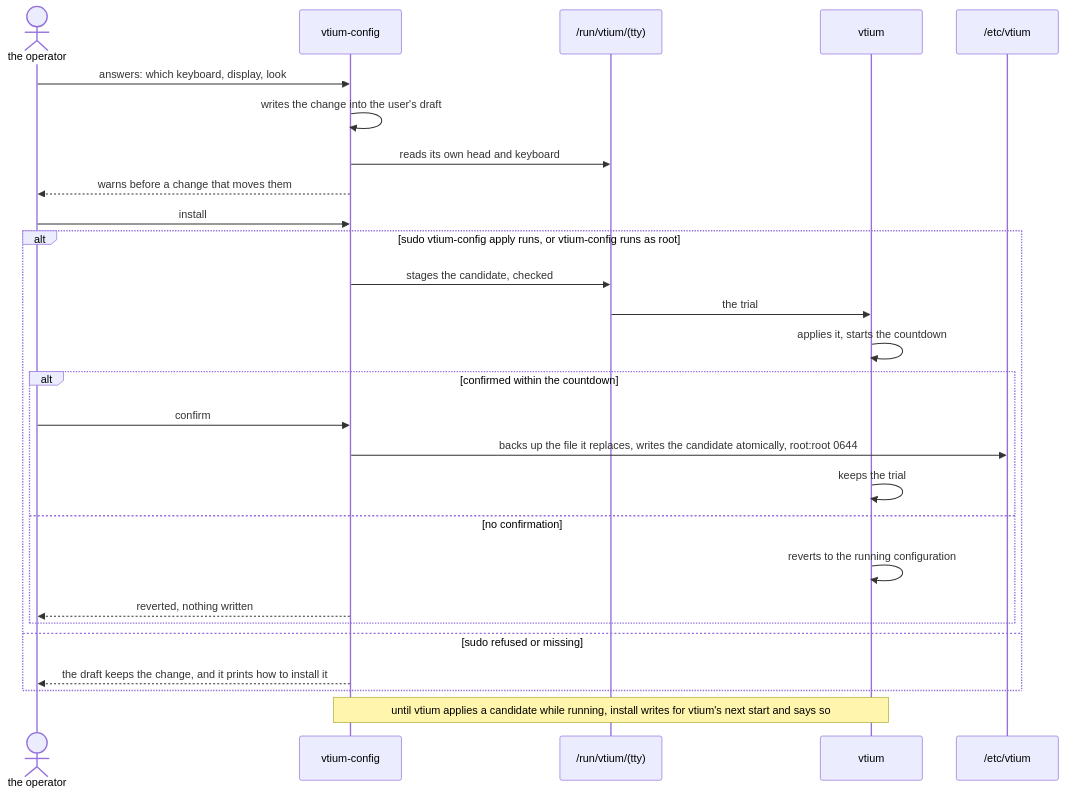
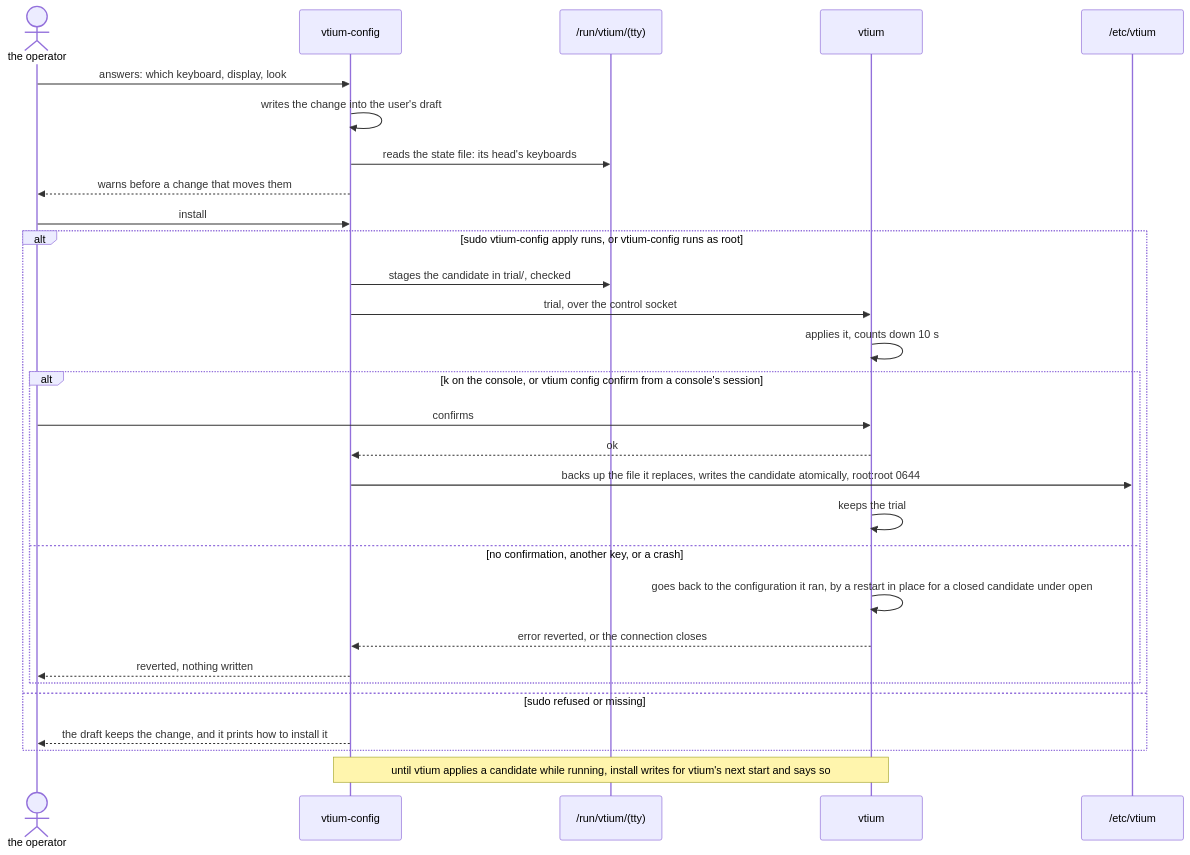
The sixth of 6 diagrams in docs/architecture/platform/ADR-1401-heads-a-terminal-per-physical-display-placed-by-a-first-match-ruleset.md (vtium/vtium), drawn with Mermaid before and after one commit. The commit also changed other lines of this file and 1 other file, not shown here.

````diff
--- a/docs/architecture/platform/ADR-1401-heads-a-terminal-per-physical-display-placed-by-a-first-match-ruleset.md
+++ b/docs/architecture/platform/ADR-1401-heads-a-terminal-per-physical-display-placed-by-a-first-match-ruleset.md
@@ -1190,29 +1233,31 @@
 ```mermaid
 sequenceDiagram
     actor Op as the operator
     participant V as vtium-config
     participant R as /run/vtium/(tty)
     participant T as vtium
     participant E as /etc/vtium
     Op->>V: answers: which keyboard, display, look
     V->>V: writes the change into the user's draft
-    V->>R: reads its own head and keyboard
+    V->>R: reads the state file: its head's keyboards
     V-->>Op: warns before a change that moves them
     Op->>V: install
     alt sudo vtium-config apply runs, or vtium-config runs as root
-        V->>R: stages the candidate, checked
-        R->>T: the trial
-        T->>T: applies it, starts the countdown
-        alt confirmed within the countdown
-            Op->>V: confirm
+        V->>R: stages the candidate in trial/, checked
+        V->>T: trial, over the control socket
+        T->>T: applies it, counts down 10 s
+        alt k on the console, or vtium config confirm from a console's session
+            Op->>T: confirms
+            T-->>V: ok
             V->>E: backs up the file it replaces, writes the candidate atomically, root:root 0644
             T->>T: keeps the trial
-        else no confirmation
-            T->>T: reverts to the running configuration
+        else no confirmation, another key, or a crash
+            T->>T: goes back to the configuration it ran, by a restart in place for a closed candidate under open
+            T-->>V: error reverted, or the connection closes
             V-->>Op: reverted, nothing written
         end
     else sudo refused or missing
         V-->>Op: the draft keeps the change, and it prints how to install it
     end
     Note over V,T: until vtium applies a candidate while running, install writes for vtium's next start and says so
 ```
````
